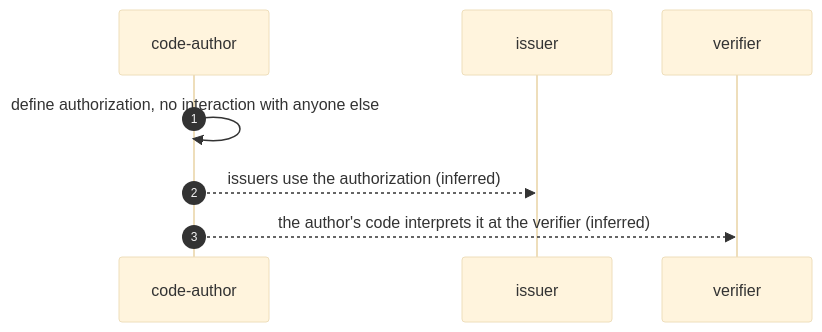
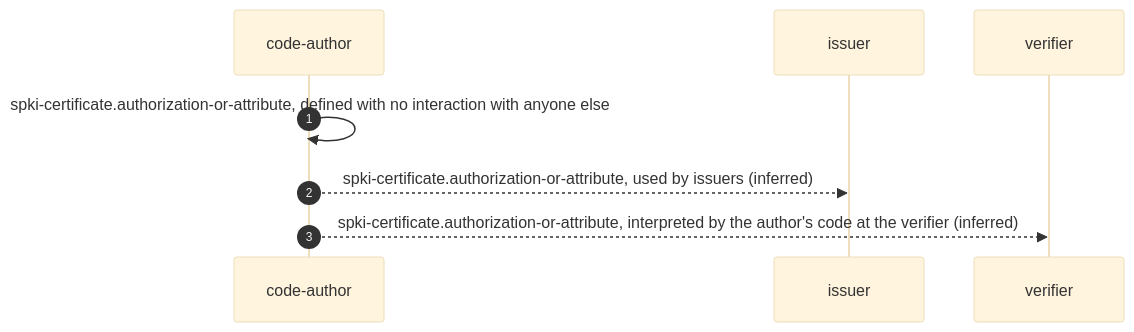
One commit to m-of-n/library changed the fourth of 26 diagrams in records/ietf/rfc-2692/distilled/protocol.md. Above: the diagram before and after it, drawn with Mermaid (base theme). The commit also changed other lines of this file and 9 other files, not shown here.

````diff
--- a/records/ietf/rfc-2692/distilled/protocol.md
+++ b/records/ietf/rfc-2692/distilled/protocol.md
@@ -207,10 +219,10 @@
 ```mermaid
 sequenceDiagram
   autonumber
   participant A as code-author
   participant I as issuer
   participant V as verifier
-  A->>A: define authorization, no interaction with anyone else
-  A-->>I: issuers use the authorization (inferred)
-  A-->>V: the author's code interprets it at the verifier (inferred)
+  A->>A: spki-certificate.authorization-or-attribute, defined with no interaction with anyone else
+  A-->>I: spki-certificate.authorization-or-attribute, used by issuers (inferred)
+  A-->>V: spki-certificate.authorization-or-attribute, interpreted by the author's code at the verifier (inferred)
 ```
````
